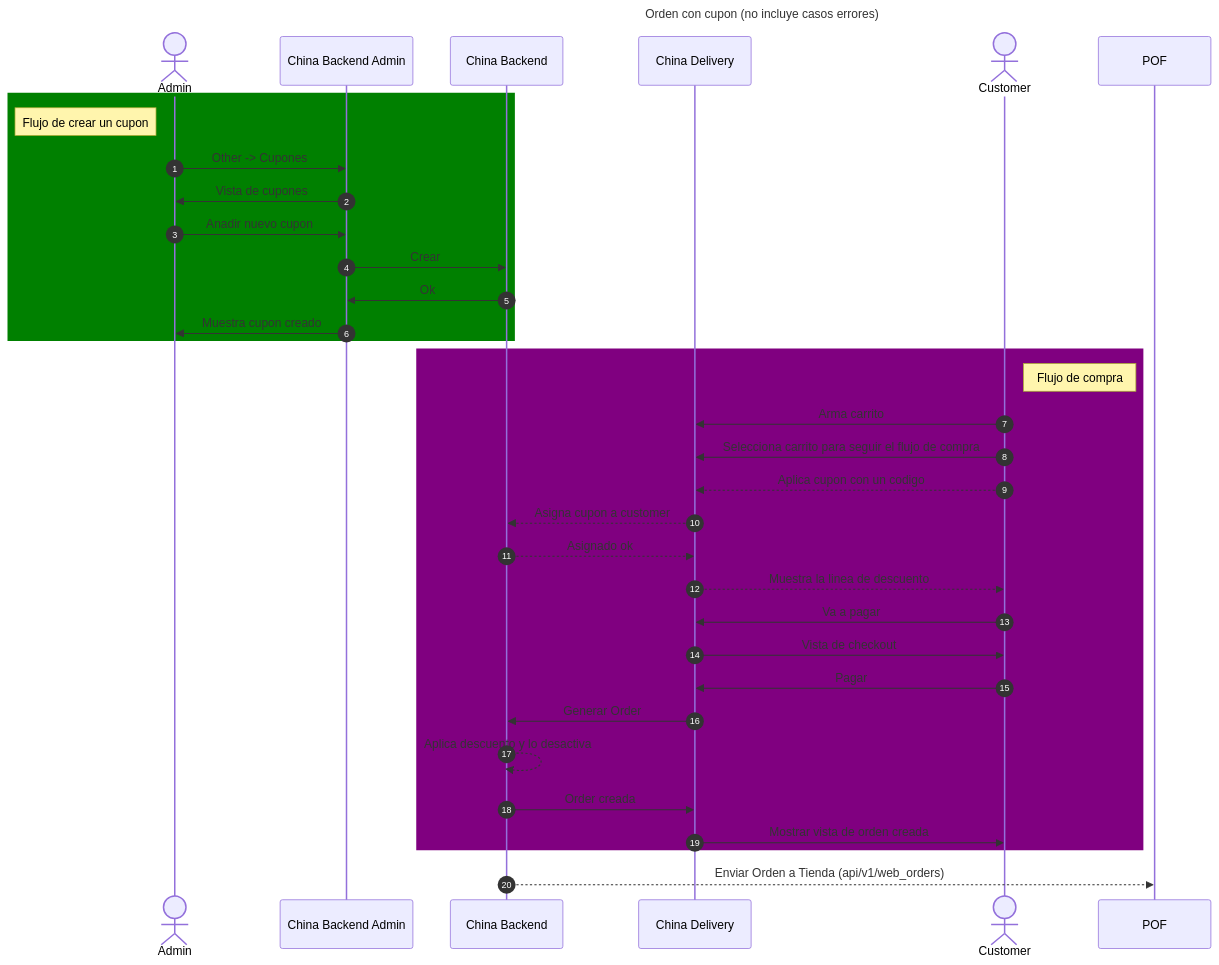
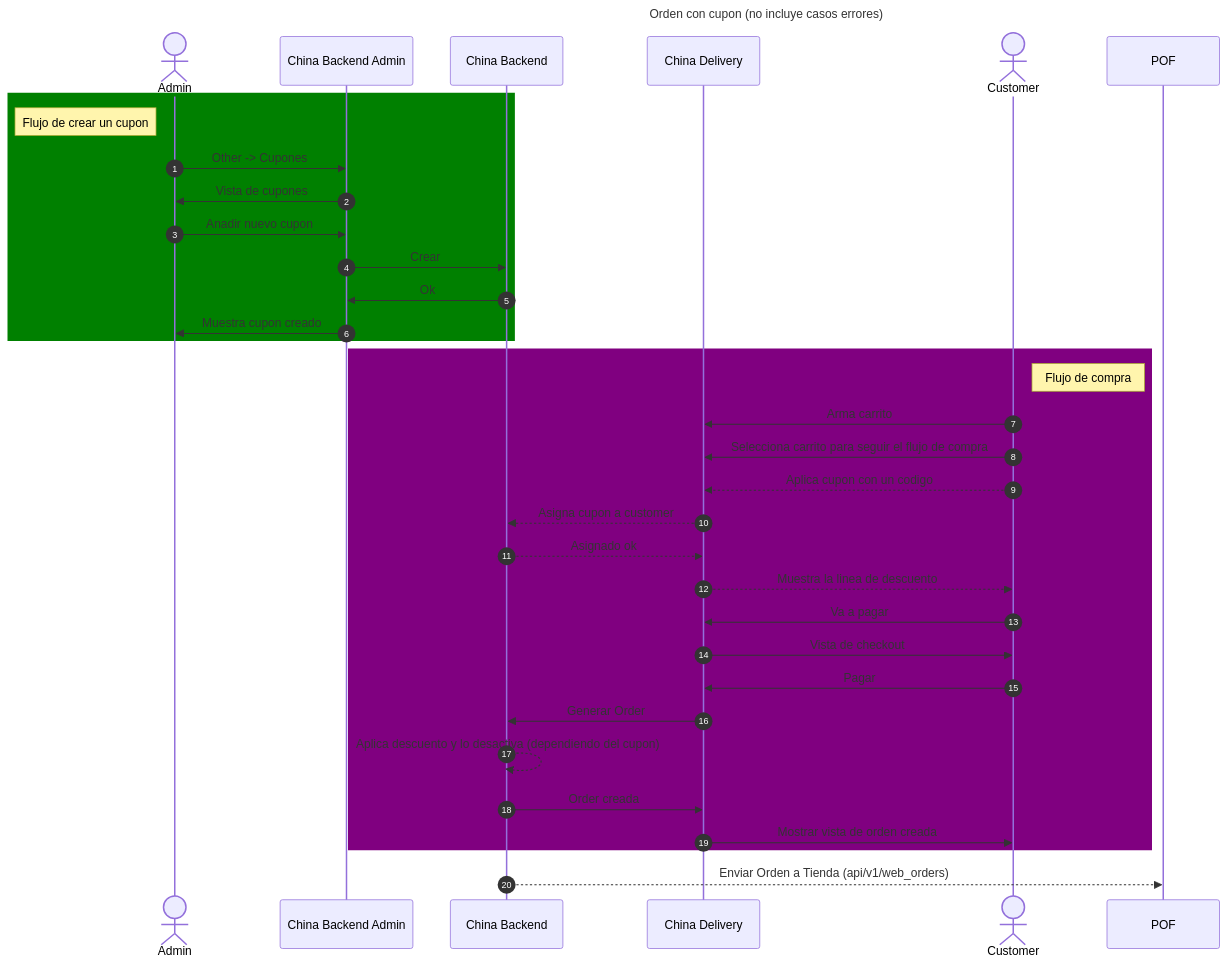
The second of 4 diagrams in 100_niufoods/03_projects/china_backend/documentation/orders/diagramns.md (javix70/personal_obsidian), drawn with Mermaid before and after one commit. The commit also changed other lines of this file and 6 other files, not shown here.

````diff
--- a/100_niufoods/03_projects/china_backend/documentation/orders/diagramns.md
+++ b/100_niufoods/03_projects/china_backend/documentation/orders/diagramns.md
@@ -44,40 +44,40 @@
 ```mermaid
 ---
 title: Orden con cupon (no incluye casos errores)
 ---
 sequenceDiagram
     autonumber
     actor A as Admin
     participant BA as China Backend Admin
     participant B as China Backend
     participant D as China Delivery
     actor C as Customer
     participant POF
 
     rect Green
     note left of A: Flujo de crear un cupon
     A->>BA: Other -> Cupones 
     BA->>A: Vista de cupones
     A->>BA: Anadir nuevo cupon
     BA->>B: Crear
     B->>BA: Ok
     BA->>A: Muestra cupon creado
     end
     rect Purple
     note right of C: Flujo de compra
     C->>D: Arma carrito
     C->>D: Selecciona carrito para seguir el flujo de compra
     C-->>D: Aplica cupon con un codigo
     D-->>B: Asigna cupon a customer
     B-->>D: Asignado ok
     D-->>C: Muestra la linea de descuento
     C->>D: Va a pagar
     D->>C: Vista de checkout
     C->>D: Pagar
     D->>B: Generar Order
-    B-->>B: Aplica descuento y lo desactiva
+    B-->>B: Aplica descuento y lo desactiva (dependiendo del cupon)
     B->>D: Order creada
     D->>C: Mostrar vista de orden creada
     end
     B-->>POF: Enviar Orden a Tienda (api/v1/web_orders)
 ```
````
